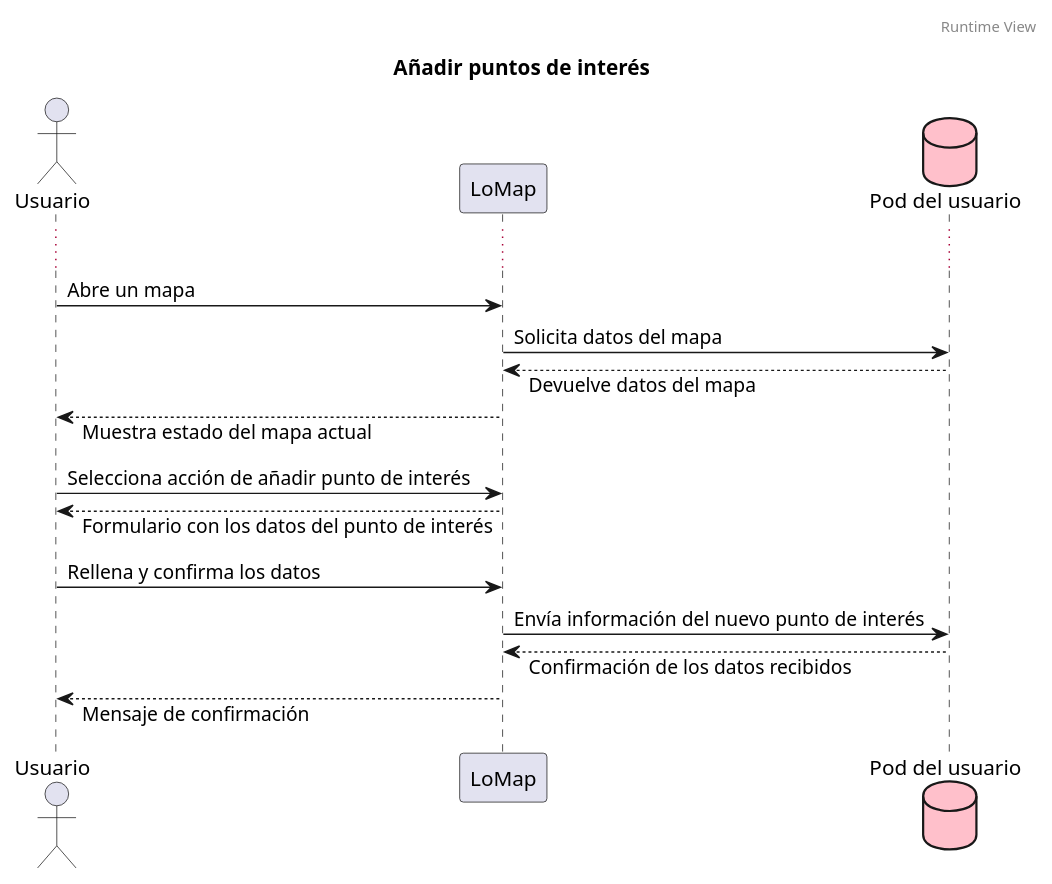
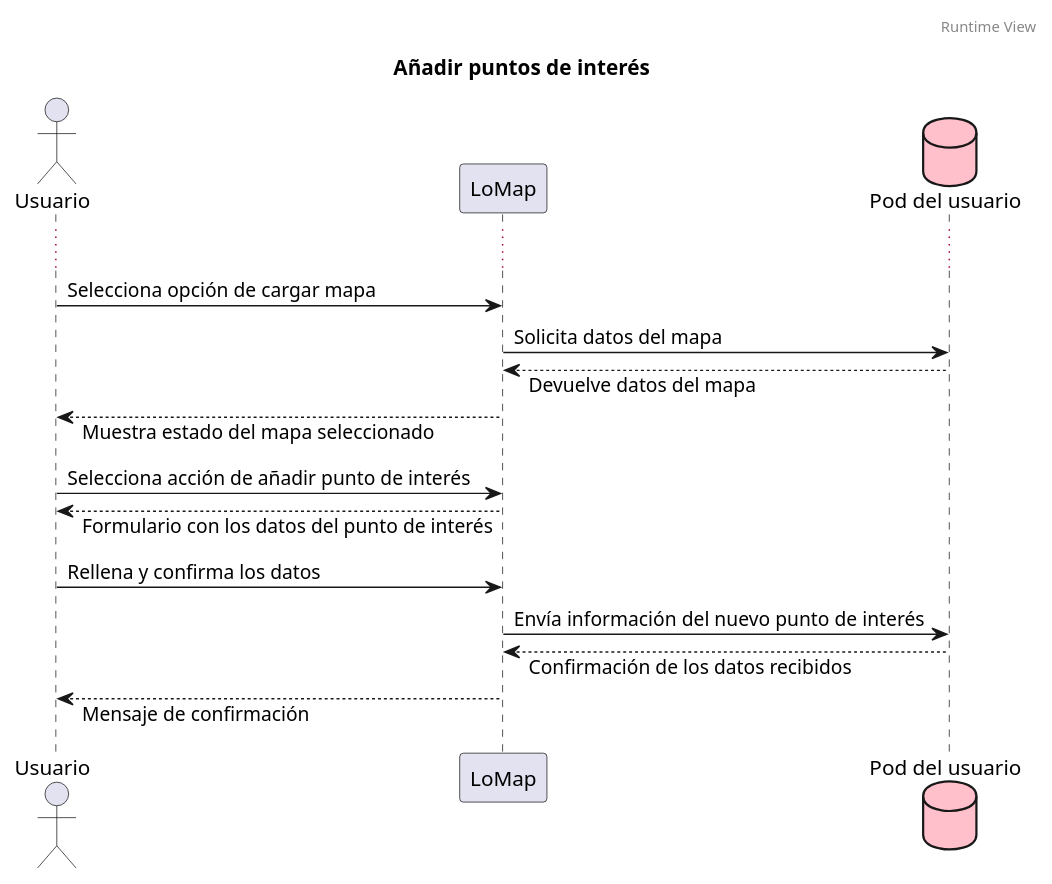
The second of 3 diagrams in docs/06_runtime_view.adoc (Arquisoft/lomap_es4b), drawn with PlantUML before and after one commit. The commit also changed other lines of this file and 2 other files, not shown here.

```diff
--- a/docs/06_runtime_view.adoc
+++ b/docs/06_runtime_view.adoc
@@ -68,31 +68,31 @@
 [plantuml,"Añadir restaurante",png]
 ----
 header Runtime View
 title Añadir puntos de interés
 
 Actor Usuario
 Participant LoMap
 Database Pod as "Pod del usuario" #pink
 
 skinparam responseMessageBelowArrow true
 
 ...
 
-Usuario -> LoMap: Abre un mapa
+Usuario -> LoMap: Selecciona opción de cargar mapa
 
 LoMap -> Pod: Solicita datos del mapa
 LoMap <-- Pod: Devuelve datos del mapa
 
-Usuario <-- LoMap: Muestra estado del mapa actual
+Usuario <-- LoMap: Muestra estado del mapa seleccionado
 
 
 Usuario -> LoMap: Selecciona acción de añadir punto de interés
 Usuario <-- LoMap: Formulario con los datos del punto de interés
 
 Usuario -> LoMap: Rellena y confirma los datos
 LoMap -> Pod: Envía información del nuevo punto de interés
 
 LoMap <-- Pod: Confirmación de los datos recibidos
 Usuario <-- LoMap: Mensaje de confirmación
 
 ----
```
